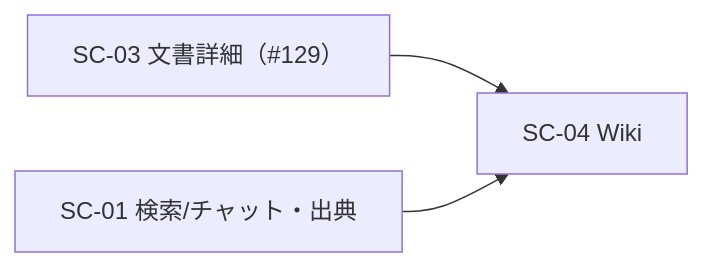
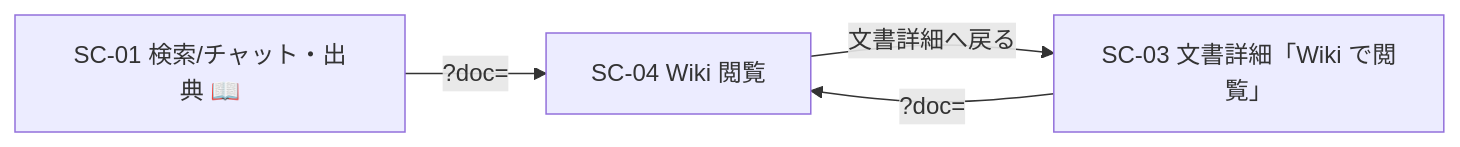
The diagram in docs/screens/SC-04_wiki-access.md (endazon/microservices-platform), drawn with Mermaid before and after one commit. The commit also changed other lines of this file and 48 other files, not shown here.

````diff
--- a/docs/screens/SC-04_wiki-access.md
+++ b/docs/screens/SC-04_wiki-access.md
@@ -51,5 +129,6 @@
 ```mermaid
 flowchart LR
-  SC03[SC-03 文書詳細（#129）] --> SC04[SC-04 Wiki]
-  SC01[SC-01 検索/チャット・出典] --> SC04
+  SC01[SC-01 検索/チャット・出典 📖] -- ?doc= --> SC04[SC-04 Wiki 閲覧]
+  SC03[SC-03 文書詳細「Wiki で閲覧」] -- ?doc= --> SC04
+  SC04 -- 文書詳細へ戻る --> SC03
 ```
````
